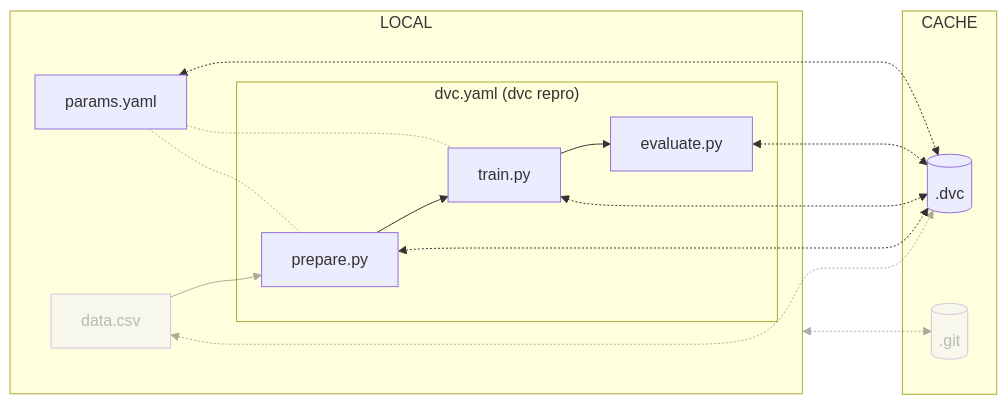
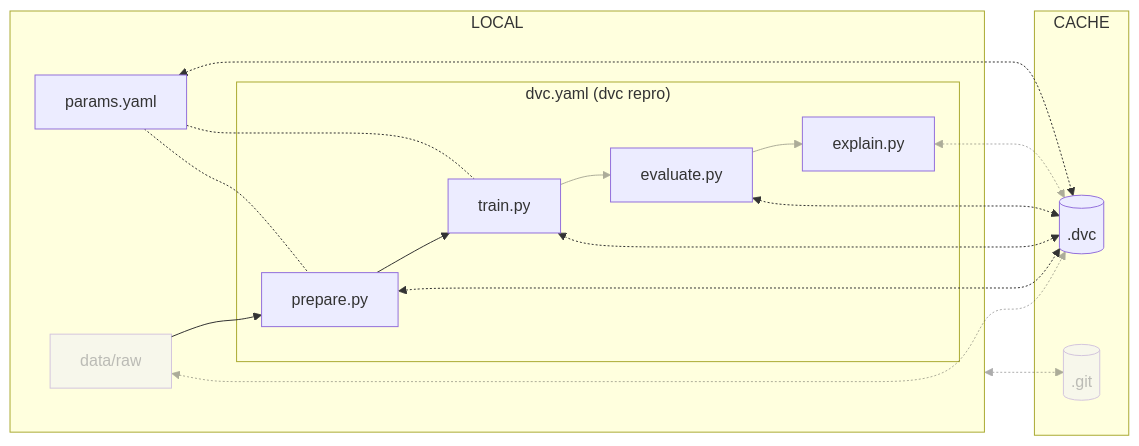
One commit to swiss-ai-center/a-guide-to-mlops changed the diagram in docs/part-1-local-training-and-model-evaluation/chapter-4-reproduce-the-ml-experiment-with-dvc/index.md. Above: the diagram before and after it, drawn with Mermaid. The commit also changed other lines of this file and 2 other files, not shown here.

````diff
--- a/docs/part-1-local-training-and-model-evaluation/chapter-4-reproduce-the-ml-experiment-with-dvc/index.md
+++ b/docs/part-1-local-training-and-model-evaluation/chapter-4-reproduce-the-ml-experiment-with-dvc/index.md
@@ -30,31 +31,33 @@
 ```mermaid
 flowchart LR
 	dot_dvc[(.dvc)]
 	dot_git[(.git)]
-	data[data.csv] <-.-> dot_dvc
+	data[data/raw] <-.-> dot_dvc
     localGraph <-....-> dot_git
 	subgraph cacheGraph[CACHE]
 		dot_dvc
 		dot_git
 	end
 	subgraph localGraph[LOCAL]
 		prepare[prepare.py] <-.-> dot_dvc
 		train[train.py] <-.-> dot_dvc
 		evaluate[evaluate.py] <-.-> dot_dvc
+        explain[explain.py] <-.-> dot_dvc
 		data --> prepare
 		subgraph dvcGraph["dvc.yaml (dvc repro)"]
 			prepare --> train
 			train --> evaluate
+            evaluate --> explain
 		end
         params[params.yaml] -.- prepare
         params -.- train
         params <-.-> dot_dvc
 	end
     style dot_git opacity:0.4,color:#7f7f7f80
     style data opacity:0.4,color:#7f7f7f80
     linkStyle 0 opacity:0.4,color:#7f7f7f80
     linkStyle 1 opacity:0.4,color:#7f7f7f80
     linkStyle 5 opacity:0.4,color:#7f7f7f80
     linkStyle 8 opacity:0.4,color:#7f7f7f80
     linkStyle 9 opacity:0.4,color:#7f7f7f80
 ```
````
